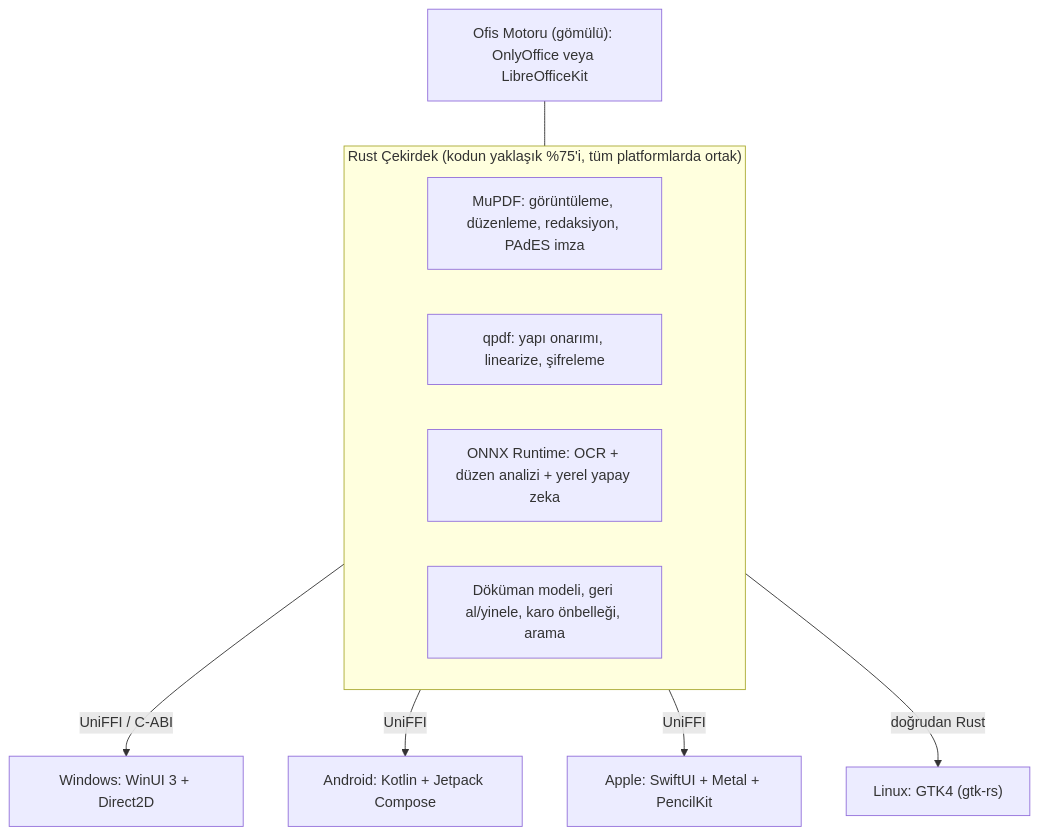
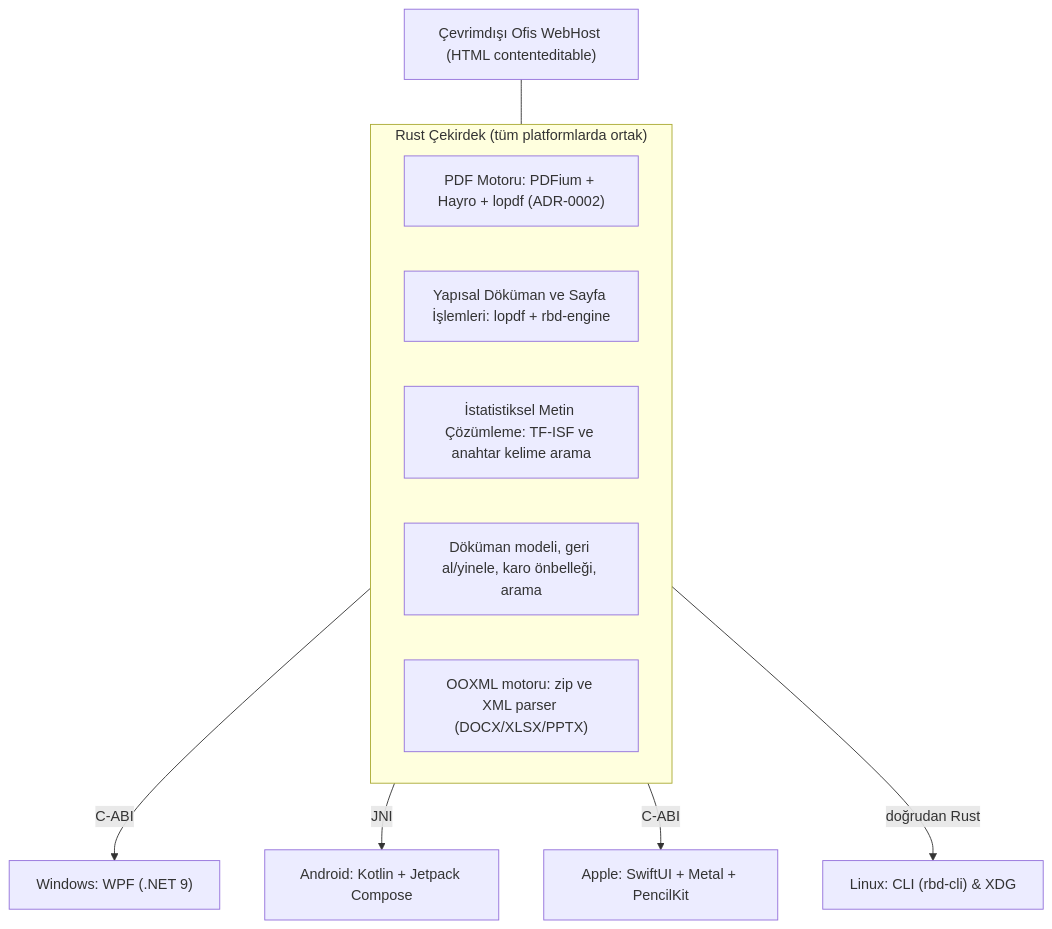
One commit to RecepBaranDivatyali/rbd-ofis changed the first of 2 diagrams in docs/YOL_HARITASI.md. Above: the diagram before and after it, drawn with Mermaid. The commit also changed other lines of this file and 15 other files, not shown here.

Commit message:
docs: honesty pass - align roadmap/README/ADRs with reality, remove unused ONLYOFFICE branding

````diff
--- a/docs/YOL_HARITASI.md
+++ b/docs/YOL_HARITASI.md
@@ -33,14 +27,15 @@
 ```mermaid
 flowchart TD
-    subgraph CORE["Rust Çekirdek (kodun yaklaşık %75'i, tüm platformlarda ortak)"]
-        A["MuPDF: görüntüleme, düzenleme, redaksiyon, PAdES imza"]
-        B["qpdf: yapı onarımı, linearize, şifreleme"]
-        C["ONNX Runtime: OCR + düzen analizi + yerel yapay zeka"]
+    subgraph CORE["Rust Çekirdek (tüm platformlarda ortak)"]
+        A["PDF Motoru: PDFium + Hayro + lopdf (ADR-0002)"]
+        B["Yapısal Döküman ve Sayfa İşlemleri: lopdf + rbd-engine"]
+        C["İstatistiksel Metin Çözümleme: TF-ISF ve anahtar kelime arama"]
         D["Döküman modeli, geri al/yinele, karo önbelleği, arama"]
+        E["OOXML motoru: zip ve XML parser (DOCX/XLSX/PPTX)"]
     end
-    CORE -->|"UniFFI / C-ABI"| W["Windows: WinUI 3 + Direct2D"]
-    CORE -->|"UniFFI"| AN["Android: Kotlin + Jetpack Compose"]
-    CORE -->|"UniFFI"| AP["Apple: SwiftUI + Metal + PencilKit"]
-    CORE -->|"doğrudan Rust"| L["Linux: GTK4 (gtk-rs)"]
-    OO["Ofis Motoru (gömülü): OnlyOffice veya LibreOfficeKit"] --- CORE
+    CORE -->|"C-ABI"| W["Windows: WPF (.NET 9)"]
+    CORE -->|"JNI"| AN["Android: Kotlin + Jetpack Compose"]
+    CORE -->|"C-ABI"| AP["Apple: SwiftUI + Metal + PencilKit"]
+    CORE -->|"doğrudan Rust"| L["Linux: CLI (rbd-cli) & XDG"]
+    OO["Çevrimdışı Ofis WebHost (HTML contenteditable)"] --- CORE
 ```
````
